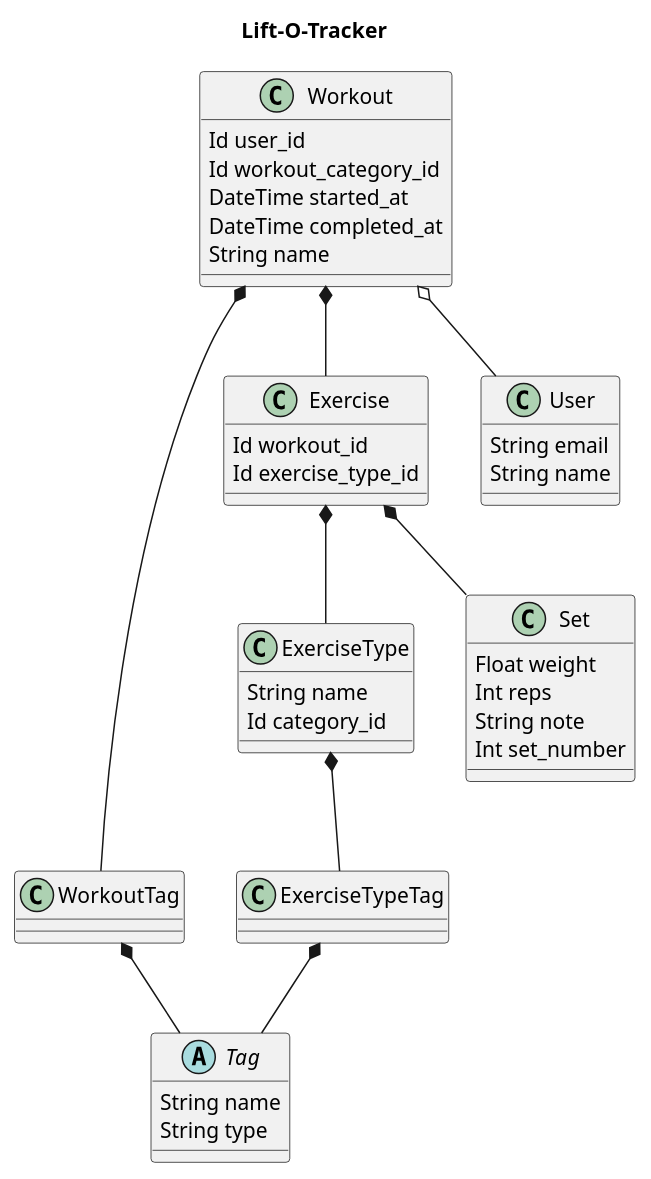
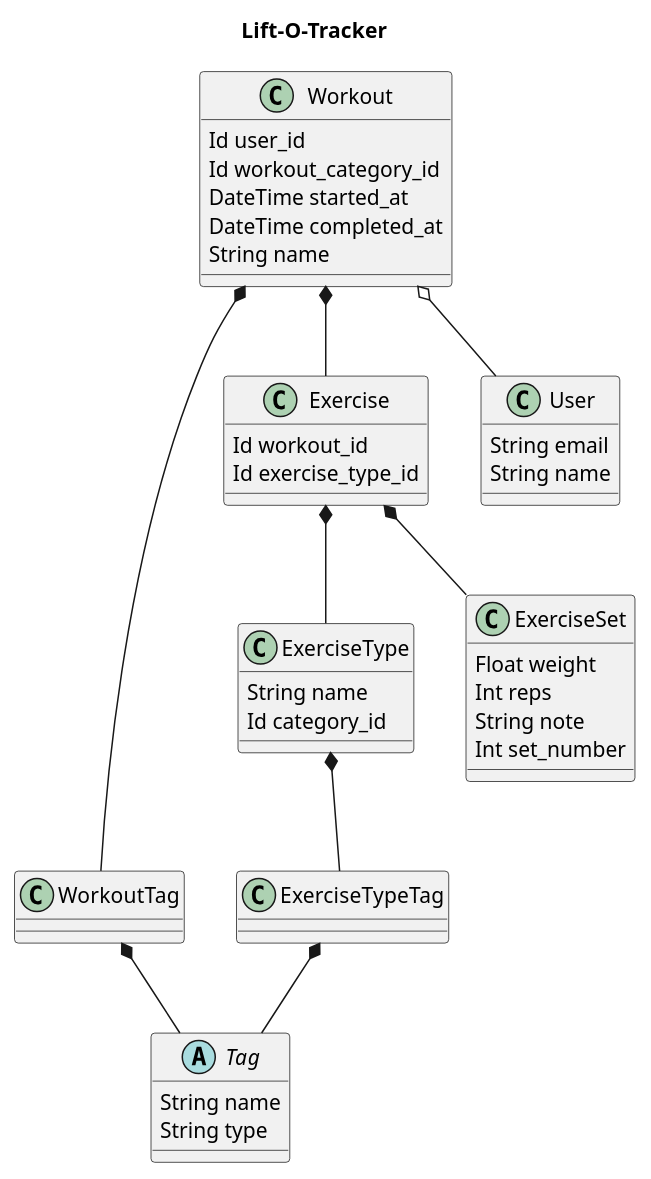
One commit to AnthonyRobertson17/arob changed the diagram in docs/model_architecture.PLANTUML. Above: the diagram before and after it, drawn with PlantUML.

Commit message:
updating model architecture with exercise_set name change

```diff
--- a/docs/model_architecture.PLANTUML
+++ b/docs/model_architecture.PLANTUML
@@ -1,55 +1,55 @@
 @startuml Lift-O-Tracker
 
 title Lift-O-Tracker
 
 class ExerciseType {
   String name
   Id category_id
 }
 
 abstract class Tag {
   String name
   String type
 }
 
 class ExerciseTypeTag {
 }
 
 class WorkoutTag {
 }
 
 class Workout {
   Id user_id
   Id workout_category_id
   DateTime started_at
   DateTime completed_at
   String name
 }
 
 class Exercise {
   Id workout_id
   Id exercise_type_id
 }
 
-class Set {
+class ExerciseSet {
   Float weight
   Int reps
   String note
   Int set_number
 }
 
 class User {
   String email
   String name
 }
 
 Workout o-- User
-Exercise *-- Set
+Exercise *-- ExerciseSet
 Workout *-- Exercise
 Exercise *-- ExerciseType
 ExerciseType *-- ExerciseTypeTag
 Workout *-- WorkoutTag
 ExerciseTypeTag *-- Tag
 WorkoutTag *-- Tag
 
 @enduml
```
